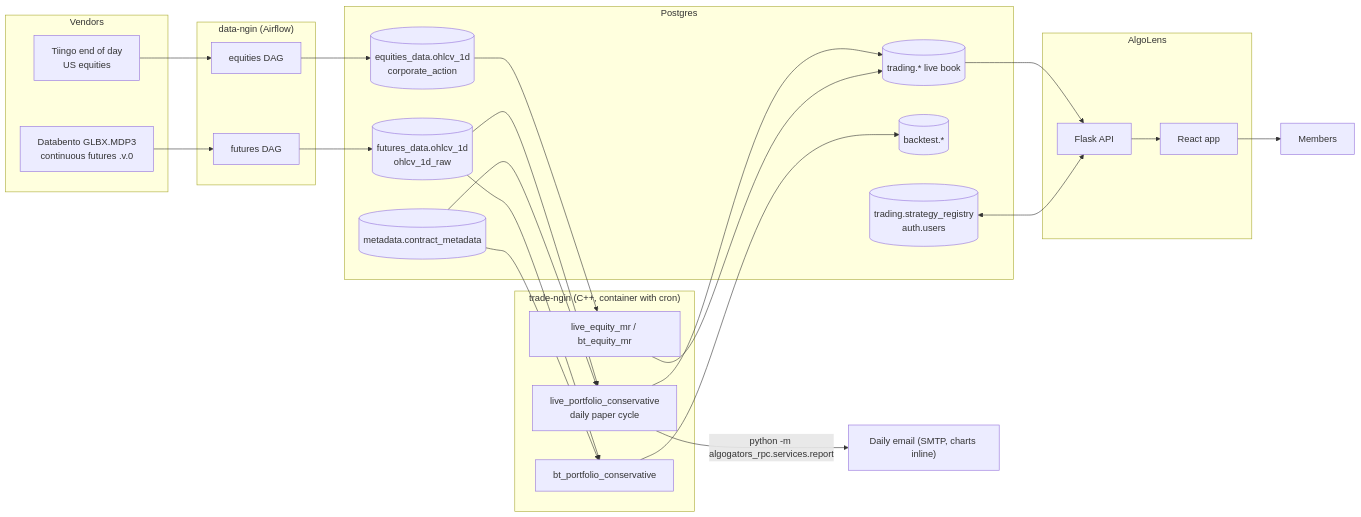
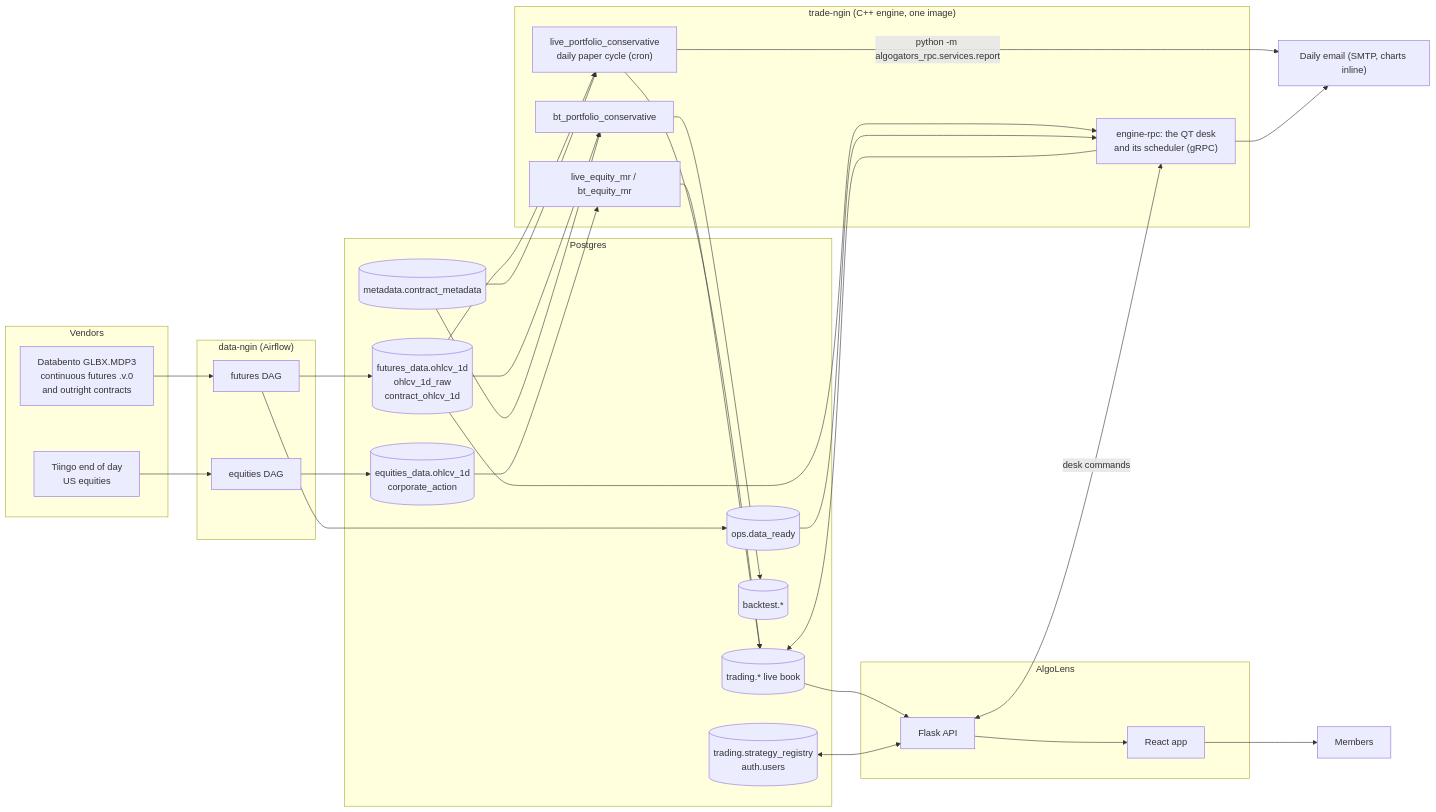
Before and after one commit to AlgoGators/algogators: the first of 3 diagrams in services/trade-ngin/docs/SYSTEM_ARCHITECTURE.md, drawn with Mermaid. The commit also changed other lines of this file and 48 other files, not shown here.

Commit message:
trade-ngin: add the knowledge docs and bring the reference docs up to date with main

````diff
--- a/services/trade-ngin/docs/SYSTEM_ARCHITECTURE.md
+++ b/services/trade-ngin/docs/SYSTEM_ARCHITECTURE.md
@@ -39,47 +42,55 @@
 ```mermaid
 flowchart LR
   subgraph vendors["Vendors"]
-    DBN["Databento GLBX.MDP3<br/>continuous futures .v.0"]
+    DBN["Databento GLBX.MDP3<br/>continuous futures .v.0<br/>and outright contracts"]
     TII["Tiingo end of day<br/>US equities"]
   end
 
   subgraph dn["data-ngin (Airflow)"]
     DAG1["futures DAG"]
     DAG2["equities DAG"]
   end
 
   subgraph pg["Postgres"]
-    FD[("futures_data.ohlcv_1d<br/>ohlcv_1d_raw")]
+    FD[("futures_data.ohlcv_1d<br/>ohlcv_1d_raw<br/>contract_ohlcv_1d")]
     ED[("equities_data.ohlcv_1d<br/>corporate_action")]
     MD[("metadata.contract_metadata")]
+    OPS[("ops.data_ready")]
     TR[("trading.* live book")]
     BT[("backtest.*")]
     REG[("trading.strategy_registry<br/>auth.users")]
   end
 
-  subgraph tn["trade-ngin (C++, container with cron)"]
-    LIVE["live_portfolio_conservative<br/>daily paper cycle"]
+  subgraph tn["trade-ngin (C++ engine, one image)"]
+    LIVE["live_portfolio_conservative<br/>daily paper cycle (cron)"]
+    RPC["engine-rpc: the QT desk<br/>and its scheduler (gRPC)"]
     BTR["bt_portfolio_conservative"]
     EQR["live_equity_mr / bt_equity_mr"]
   end
 
   subgraph al["AlgoLens"]
     API["Flask API"]
     SPA["React app"]
   end
 
   DBN --> DAG1 --> FD
+  DAG1 --> OPS
   TII --> DAG2 --> ED
   FD --> LIVE
+  FD --> RPC
+  OPS --> RPC
   FD --> BTR
   ED --> EQR
   MD --> LIVE
   MD --> BTR
   LIVE --> TR
+  RPC --> TR
   EQR --> TR
   BTR --> BT
   TR --> API
   REG <--> API
+  API <-->|"desk commands"| RPC
   API --> SPA --> USERS["Members"]
   LIVE -->|"python -m algogators_rpc.services.report"| MAIL["Daily email (SMTP, charts inline)"]
+  RPC --> MAIL
 ```
````
